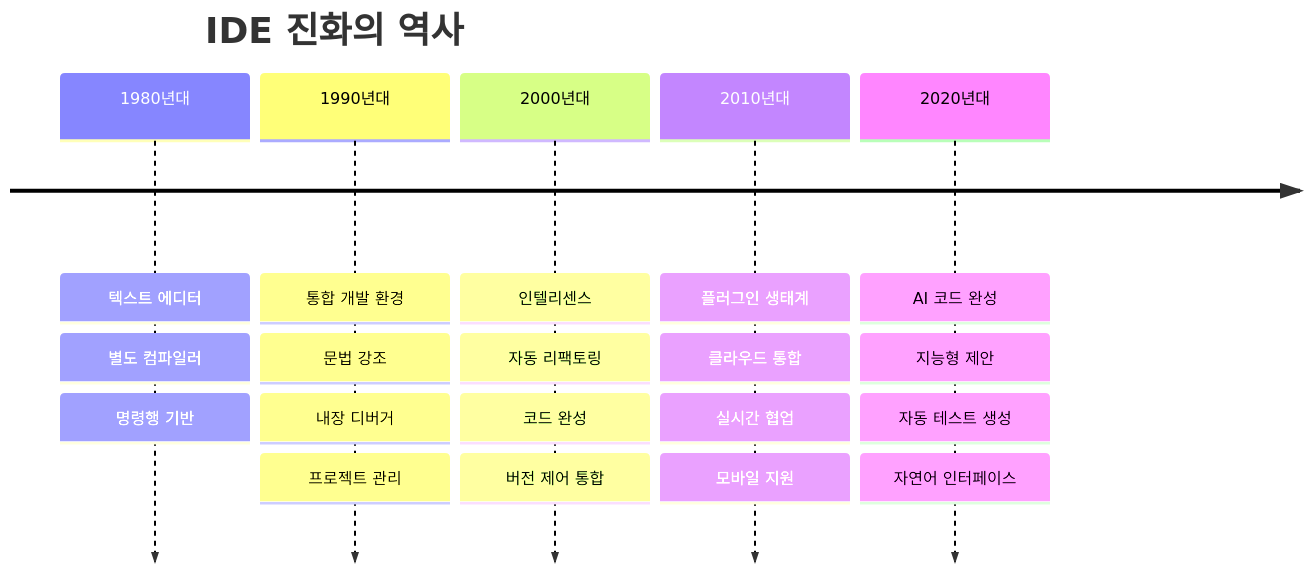
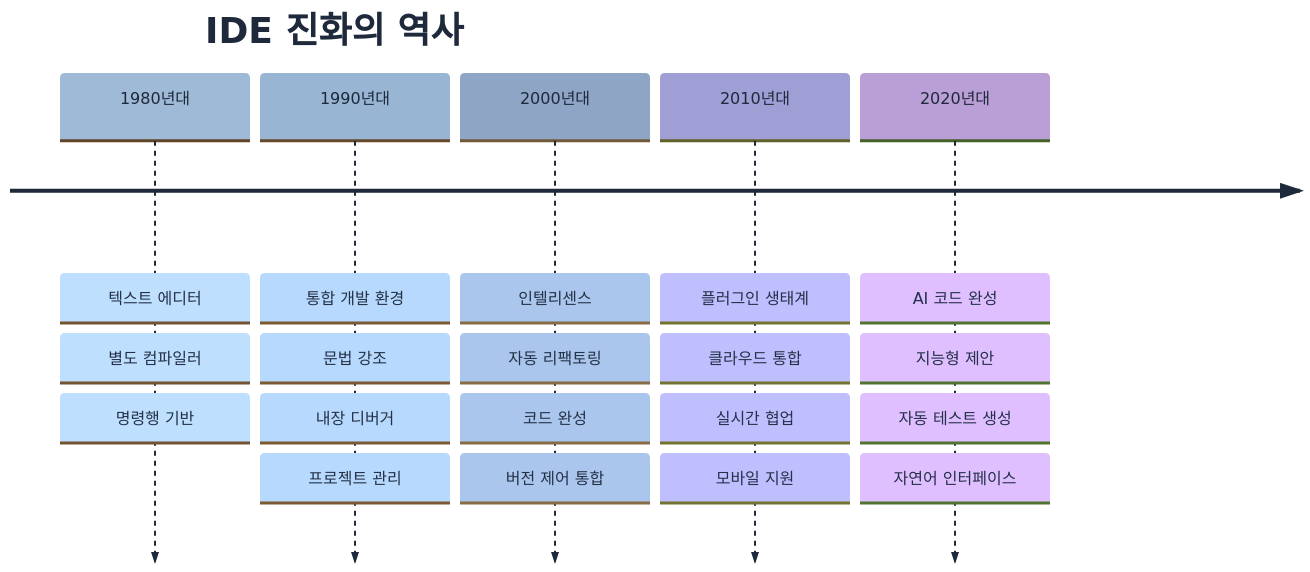
The first of 6 diagrams in book/01-chapter1.md (revfactory/claude-code-mastering), drawn with Mermaid before and after one commit.

Commit message:
style: IDE 진화 타임라인에 통일된 모던 스타일 적용
- IDE 진화 타임라인에 동일한 테마 변수 적용
- 다른 다이어그램과 일관된 색상 팔레트 통일
- 절제된 그레이스케일로 전문적 톤 완성
- 1장 전체 다이어그램의 시각적 일관성 달성

🤖 Generated with [Claude Code](https://claude.ai/code)

````diff
--- a/book/01-chapter1.md
+++ b/book/01-chapter1.md
@@ -49,28 +49,29 @@
 ```mermaid
+%%{init: {"theme": "base", "themeVariables": {"primaryColor": "#f8fafc", "primaryTextColor": "#1e293b", "primaryBorderColor": "#e2e8f0", "lineColor": "#94a3b8", "secondaryColor": "#f1f5f9", "tertiaryColor": "#e2e8f0"}}}%%
 timeline
     title IDE 진화의 역사
     
     1980년대 : 텍스트 에디터
              : 별도 컴파일러
              : 명령행 기반
     
     1990년대 : 통합 개발 환경
              : 문법 강조
              : 내장 디버거
              : 프로젝트 관리
     
     2000년대 : 인텔리센스
              : 자동 리팩토링
              : 코드 완성
              : 버전 제어 통합
     
     2010년대 : 플러그인 생태계
              : 클라우드 통합
              : 실시간 협업
              : 모바일 지원
     
     2020년대 : AI 코드 완성
              : 지능형 제안
              : 자동 테스트 생성
              : 자연어 인터페이스
 ```
````
